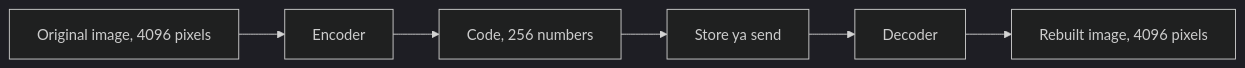
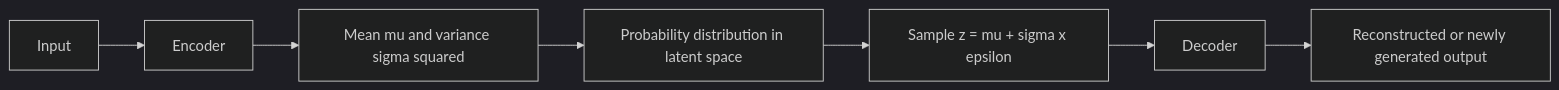
One commit to TrendySloth1001/sem-seven-notes changed the fourth of 4 diagrams in content/deep-learning/notes/autoencoders.hi.mdx. Above: the diagram before and after it, drawn with Mermaid (dark theme). The commit also changed other lines of this file and 254 other files, not shown here.

Commit message:
Rewrite the backpropagation, gradient descent, regularization and autoencoder notes and their 29 answers from the teachers' class files. They use 185 teacher figures with class-notes citations only, and correct the AdaGrad, RMSProp, Nesterov and batch-norm numbers on the slides.

````diff
--- a/content/deep-learning/notes/autoencoders.hi.mdx
+++ b/content/deep-learning/notes/autoencoders.hi.mdx
@@ -381,9 +819,10 @@
 ```mermaid
-%% caption: Autoencoder se image compression. Sirf short code store ya send hota hai; receiver ko approximate image wapas banane ke liye trained decoder chahiye.
+%% caption: Variational autoencoder ka flow. Key idea hai distribution seekho, usse sample karo, decode karo, aur is tarah naya data generate karo.
 flowchart LR
-  A["Original image, 4096 pixels"] --> B["Encoder"]
-  B --> C["Code, 256 numbers"]
-  C --> D["Store ya send"]
-  D --> E["Decoder"]
-  E --> F["Rebuilt image, 4096 pixels"]
+  A["Input"] --> B["Encoder"]
+  B --> C["Mean mu and variance sigma squared"]
+  C --> D["Probability distribution in latent space"]
+  D --> E["Sample z = mu + sigma x epsilon"]
+  E --> F["Decoder"]
+  F --> G["Reconstructed or newly generated output"]
 ```
````
